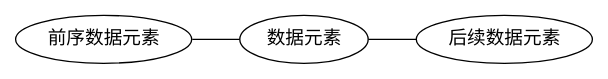
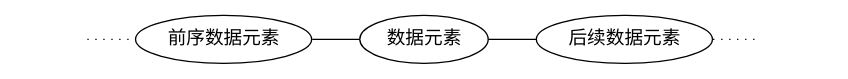
One commit to xavierwoo/data_structrues_notes changed the first of 6 diagrams in src/第〇章-绪论.md. Above: the diagram before and after it, drawn with Graphviz. The commit also changed other lines of this file, not shown here.

Commit message:
优化图

````diff
--- a/src/第〇章-绪论.md
+++ b/src/第〇章-绪论.md
@@ -26,6 +26,9 @@
 ```dot
 graph G{
     rankdir = LR;
+    P, N[style=invis]
+    P--前序数据元素 [style=dotted]
+    后续数据元素--N [style=dotted]
     前序数据元素--数据元素--后续数据元素;
 }
 ```
````
